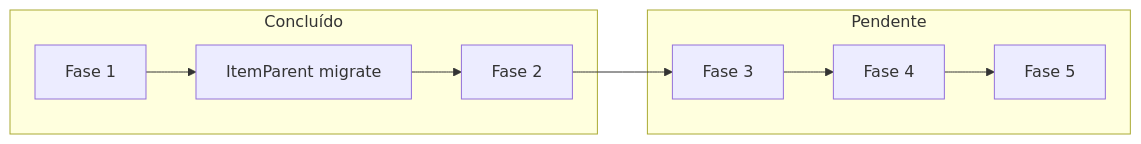
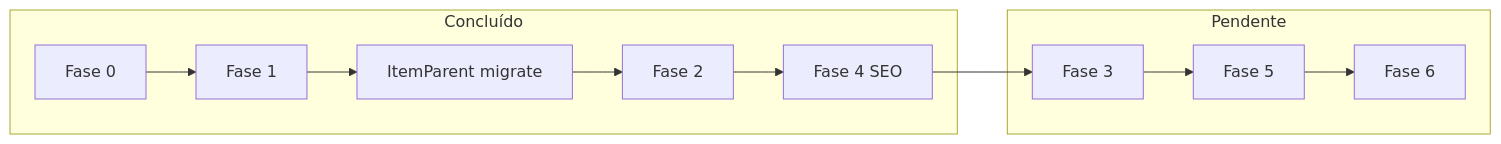
Before and after one commit to lucca180/itemdb: the diagram in docs/item-page-review-fixes.md, drawn with Mermaid. The commit also changed other lines of this file and 5 other files, not shown here.

````diff
--- a/docs/item-page-review-fixes.md
+++ b/docs/item-page-review-fixes.md
@@ -18,14 +20,16 @@
 ```mermaid
 flowchart LR
   subgraph done [Concluído]
+    p0[Fase 0]
     p1[Fase 1]
     parent[ItemParent migrate]
     p2[Fase 2]
+    p4seo[Fase 4 SEO]
   end
   subgraph todo [Pendente]
     p3[Fase 3]
-    p4[Fase 4]
     p5[Fase 5]
+    p6[Fase 6]
   end
-  p1 --> parent --> p2 --> p3 --> p4 --> p5
+  p0 --> p1 --> parent --> p2 --> p4seo --> p3 --> p5 --> p6
 ```
````
